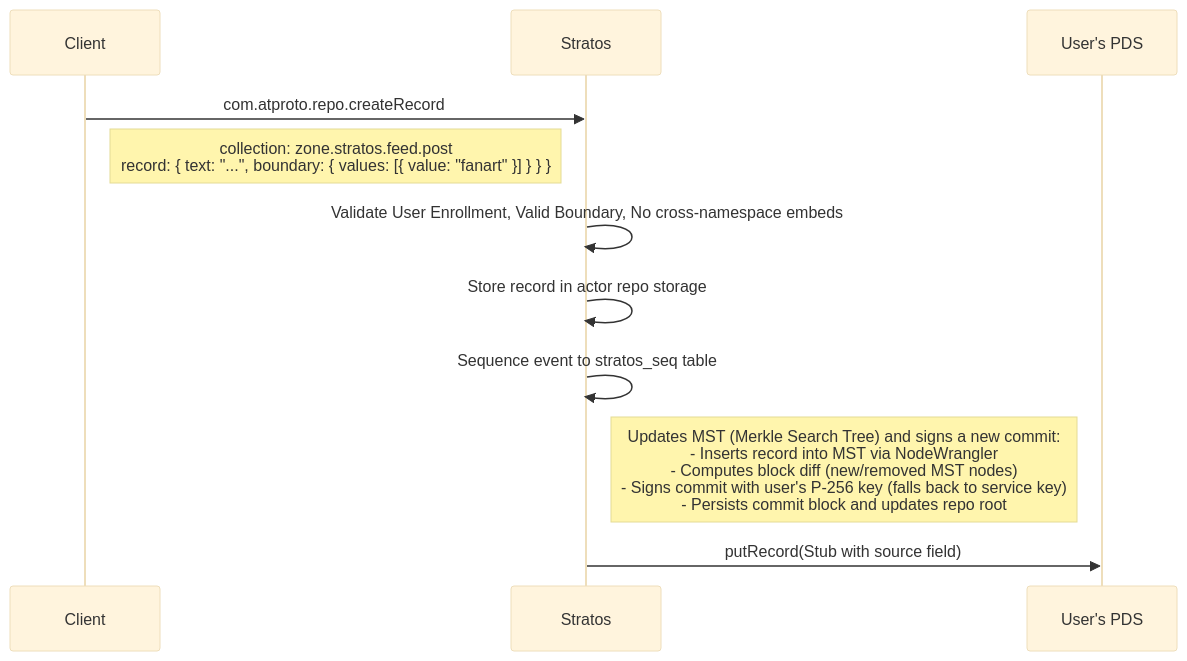
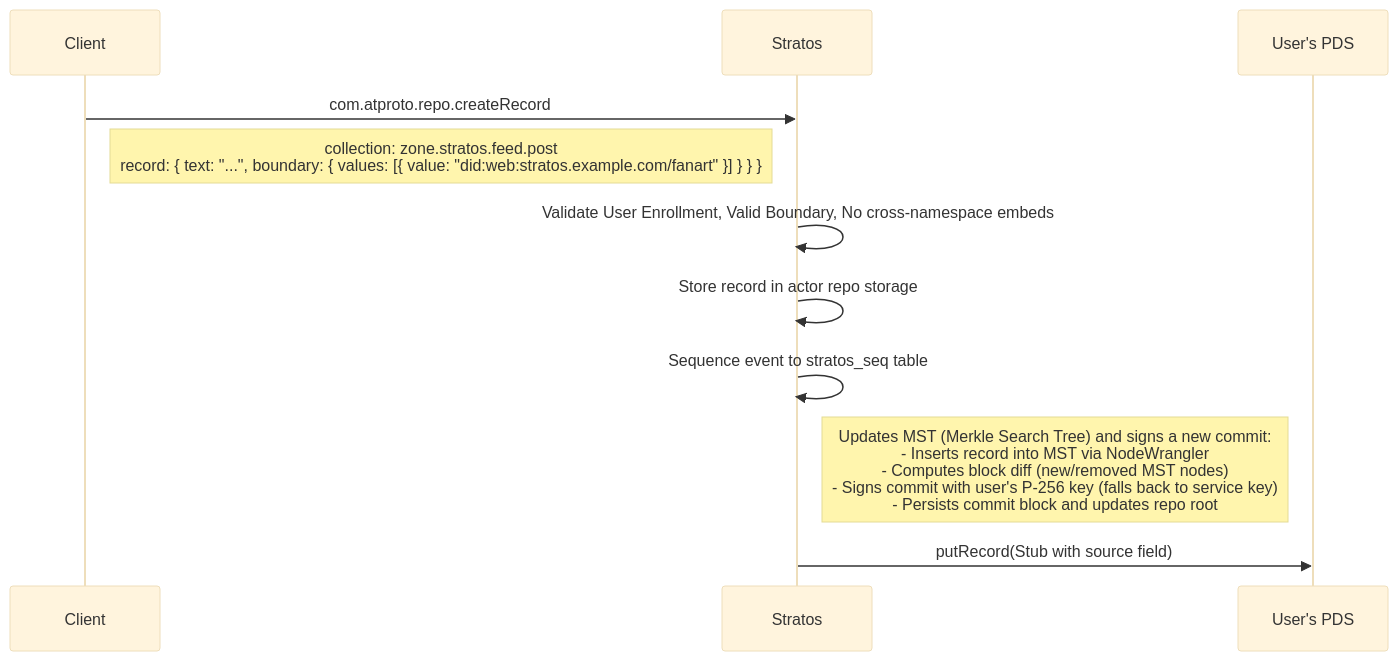
One commit to NorthskySocial/stratos changed the third of 5 diagrams in docs/operator-guide.md. Above: the diagram before and after it, drawn with Mermaid (base theme). The commit also changed other lines of this file and 1 other file, not shown here.

First line of the commit message:
docs: update boundary value examples to use qualified URIs

````diff
--- a/docs/operator-guide.md
+++ b/docs/operator-guide.md
@@ -99,16 +99,16 @@
 ```mermaid
 sequenceDiagram
     participant C as Client
     participant S as Stratos
     participant P as User's PDS
 
     C->>S: com.atproto.repo.createRecord
-    Note right of C: collection: zone.stratos.feed.post<br/>record: { text: "...", boundary: { values: [{ value: "fanart" }] } } }
+    Note right of C: collection: zone.stratos.feed.post<br/>record: { text: "...", boundary: { values: [{ value: "did:web:stratos.example.com/fanart" }] } } }
 
     S->>S: Validate User Enrollment, Valid Boundary, No cross-namespace embeds
     S->>S: Store record in actor repo storage
     S->>S: Sequence event to stratos_seq table
     Note right of S: Updates MST (Merkle Search Tree) and signs a new commit:<br/>- Inserts record into MST via NodeWrangler<br/>- Computes block diff (new/removed MST nodes)<br/>- Signs commit with user's P-256 key (falls back to service key)<br/>- Persists commit block and updates repo root
 
     S->>P: putRecord(Stub with source field)
 ```
````
